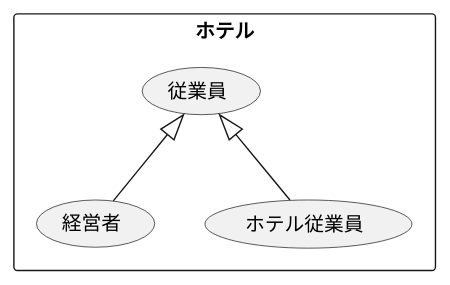
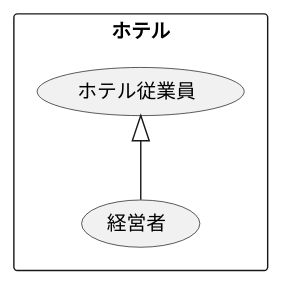
Before and after one commit to Sreia1129/uml-introduction: the diagram in 演習2-2_ホテル従業員.pu, drawn with PlantUML.

Commit message:
間違いの直し

```diff
--- a/演習2-2_ホテル従業員.pu
+++ b/演習2-2_ホテル従業員.pu
@@ -1,10 +1,8 @@
 @startuml ユースケース図
 ' left to right direction
 rectangle ホテル{
-usecase 従業員
 usecase 経営者
 usecase ホテル従業員
 }
-従業員<|-- 経営者
-従業員<|-- ホテル従業員
+ホテル従業員<|-- 経営者
 @enduml
```
